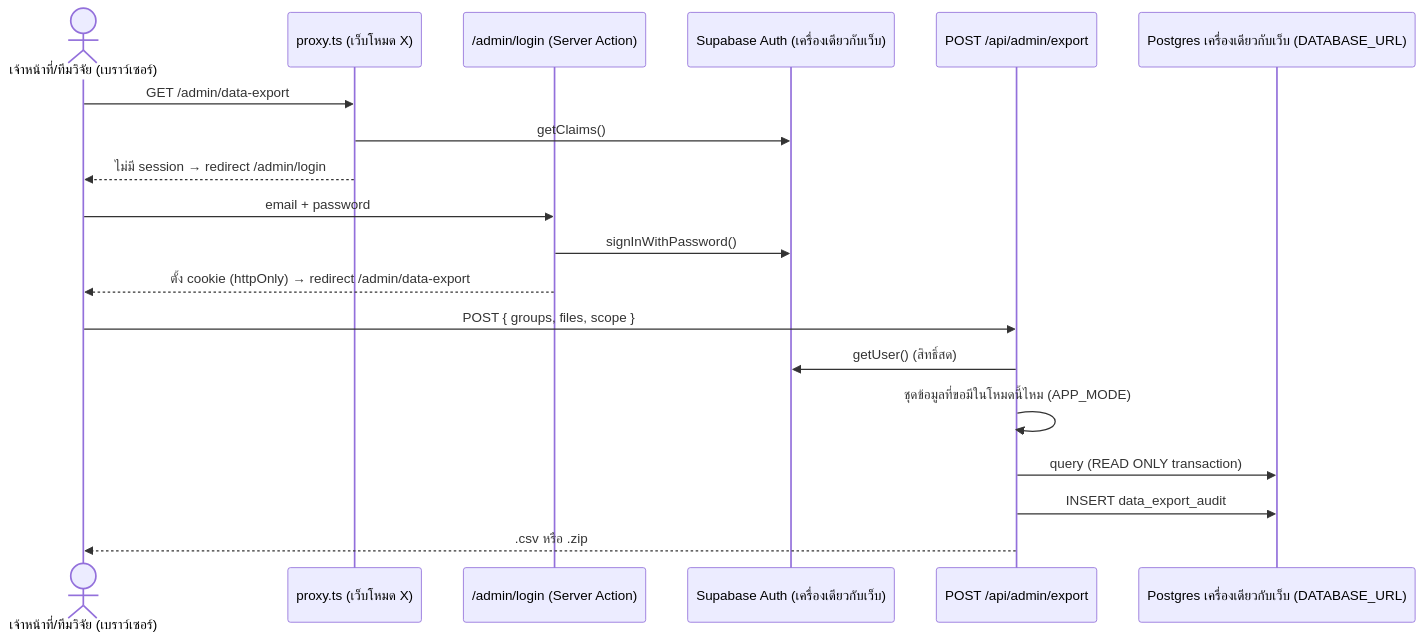
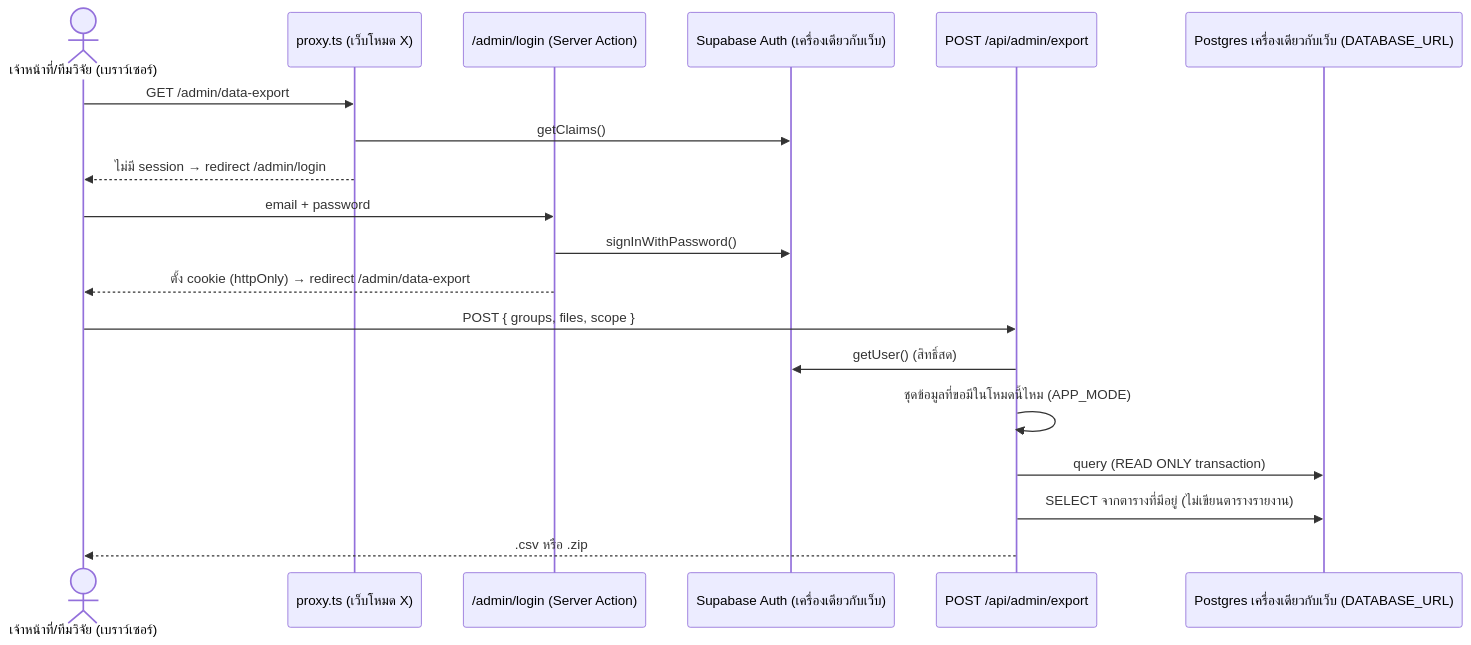
The diagram in docs/software/12-data-export-page.md (ChayutChanmueang/media-literacy-preview), drawn with Mermaid before and after one commit. The commit also changed other lines of this file and 38 other files, not shown here.

````diff
--- a/docs/software/12-data-export-page.md
+++ b/docs/software/12-data-export-page.md
@@ -75,22 +75,22 @@
 ```mermaid
 sequenceDiagram
     actor R as เจ้าหน้าที่/ทีมวิจัย (เบราว์เซอร์)
     participant P as proxy.ts (เว็บโหมด X)
     participant L as /admin/login (Server Action)
     participant A as Supabase Auth (เครื่องเดียวกับเว็บ)
     participant X as POST /api/admin/export
     participant D as Postgres เครื่องเดียวกับเว็บ (DATABASE_URL)
 
     R->>P: GET /admin/data-export
     P->>A: getClaims()
     P-->>R: ไม่มี session → redirect /admin/login
     R->>L: email + password
     L->>A: signInWithPassword()
     L-->>R: ตั้ง cookie (httpOnly) → redirect /admin/data-export
     R->>X: POST { groups, files, scope }
     X->>A: getUser() (สิทธิ์สด)
     X->>X: ชุดข้อมูลที่ขอมีในโหมดนี้ไหม (APP_MODE)
     X->>D: query (READ ONLY transaction)
-    X->>D: INSERT data_export_audit
+    X->>D: SELECT จากตารางที่มีอยู่ (ไม่เขียนตารางรายงาน)
     X-->>R: .csv หรือ .zip
 ```
````
